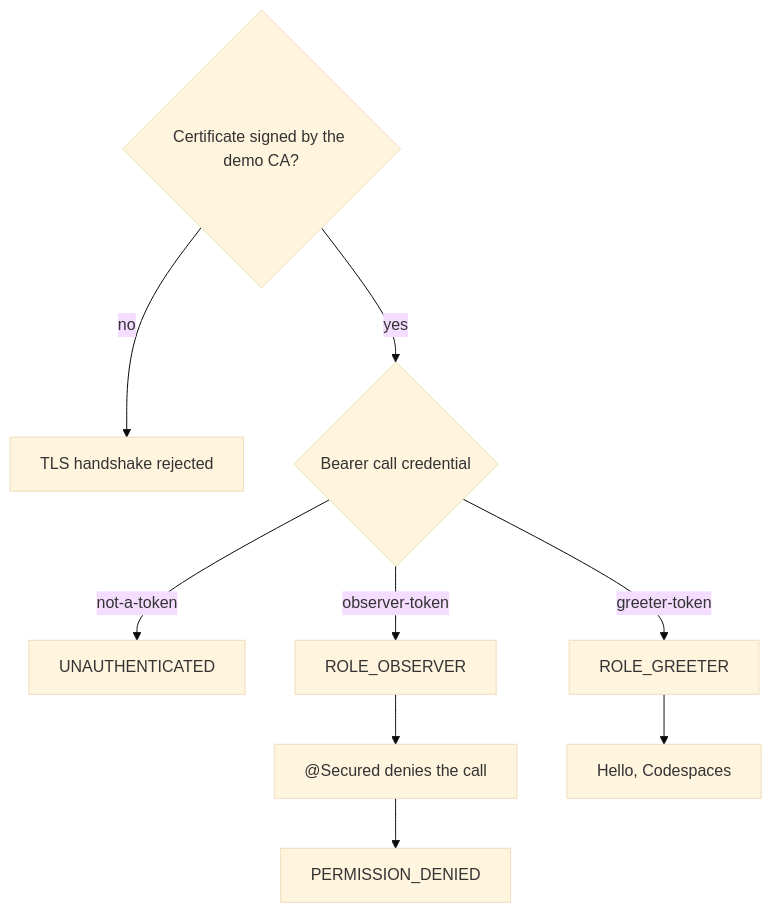
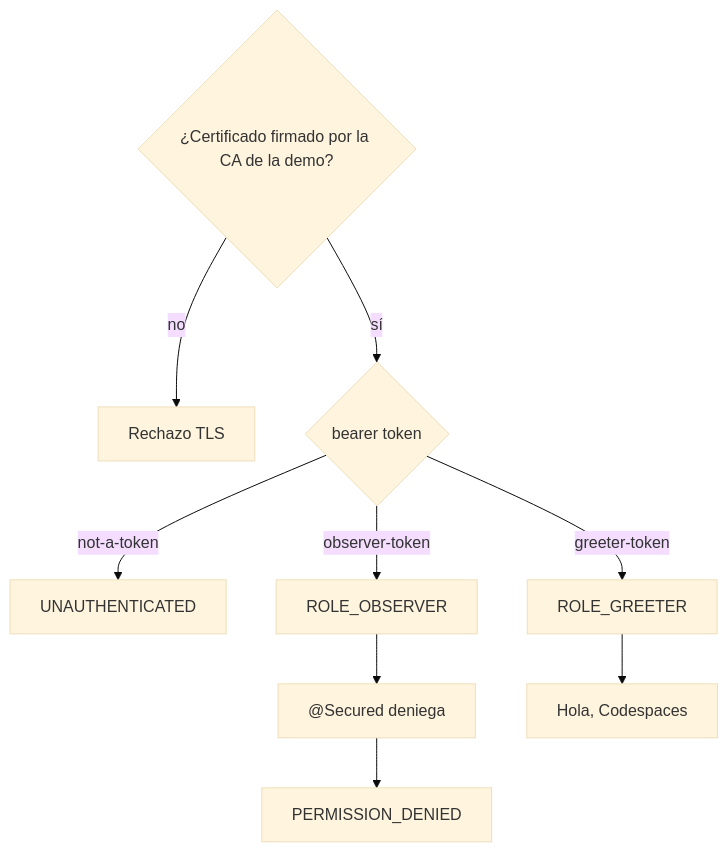
The second of 2 diagrams in README.md (IAAA-Lab/grpc-mtls-auth), drawn with Mermaid (base theme) before and after one commit. The commit also changed other lines of this file and 5 other files, not shown here.

````diff
--- a/README.md
+++ b/README.md
@@ -65,12 +90,12 @@
 ```mermaid
 flowchart TD
-    cert{Certificate signed by the demo CA?}
-    cert -->|no| handshake[TLS handshake rejected]
-    cert -->|yes| token{Bearer call credential}
+    cert{¿Certificado firmado por la CA de la demo?}
+    cert -->|no| handshake[Rechazo TLS]
+    cert -->|sí| token{bearer token}
     token -->|not-a-token| unauth[UNAUTHENTICATED]
     token -->|observer-token| observer[ROLE_OBSERVER]
     token -->|greeter-token| greeter[ROLE_GREETER]
-    observer --> denied["@Secured denies the call"]
+    observer --> denied["@Secured deniega"]
     denied --> forbidden[PERMISSION_DENIED]
-    greeter --> ok["Hello, Codespaces"]
+    greeter --> ok["Hola, Codespaces"]
 ```
````
